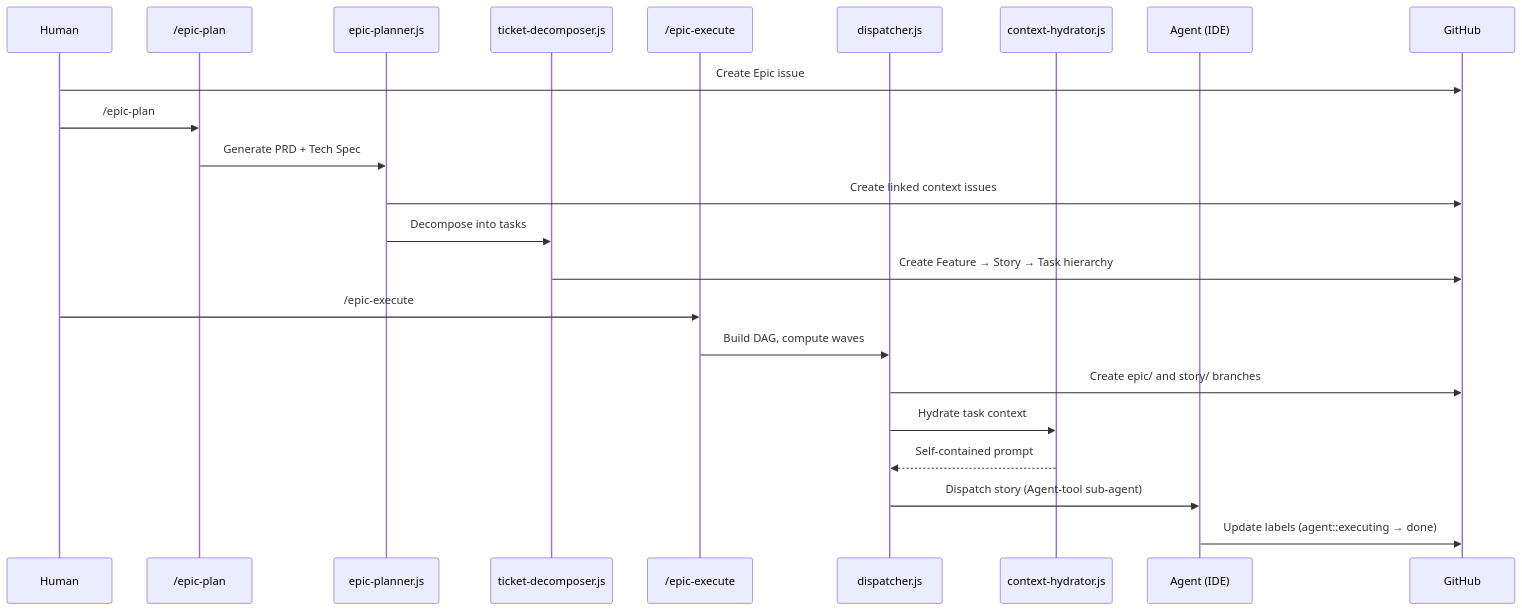
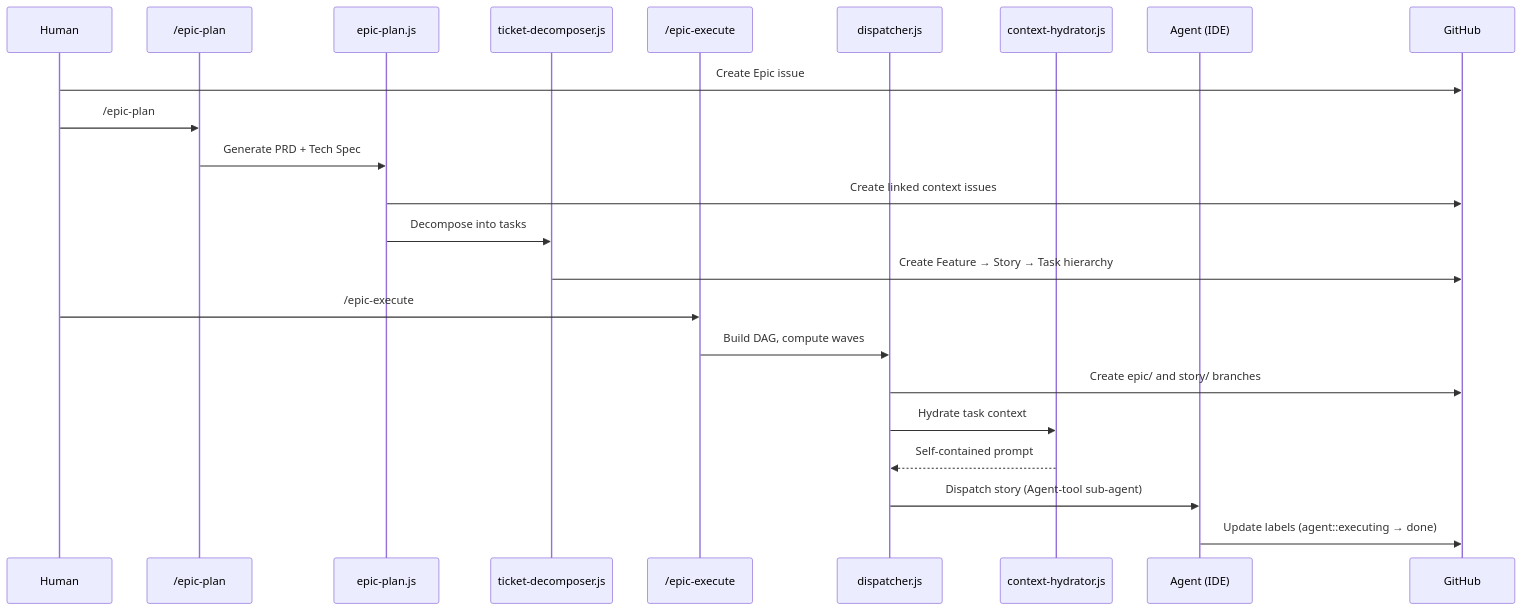
One commit to dsj1984/mandrel changed the seventh of 8 diagrams in docs/architecture.md. Above: the diagram before and after it, drawn with Mermaid. The commit also changed other lines of this file and 6 other files, not shown here.

````diff
--- a/docs/architecture.md
+++ b/docs/architecture.md
@@ -589,27 +488,27 @@
 ```mermaid
 sequenceDiagram
     participant H as Human
     participant P as /epic-plan
-    participant EP as epic-planner.js
+    participant EP as epic-plan.js
     participant TD as ticket-decomposer.js
     participant D as /epic-execute
     participant DI as dispatcher.js
     participant CH as context-hydrator.js
     participant A as Agent (IDE)
     participant GH as GitHub
 
     H->>GH: Create Epic issue
     H->>P: /epic-plan #EPIC
     P->>EP: Generate PRD + Tech Spec
     EP->>GH: Create linked context issues
     EP->>TD: Decompose into tasks
     TD->>GH: Create Feature → Story → Task hierarchy
 
     H->>D: /epic-execute #EPIC
     D->>DI: Build DAG, compute waves
     DI->>GH: Create epic/ and story/ branches
     DI->>CH: Hydrate task context
     CH-->>DI: Self-contained prompt
     DI->>A: Dispatch story (Agent-tool sub-agent)
     A->>GH: Update labels (agent::executing → done)
 ```
````
